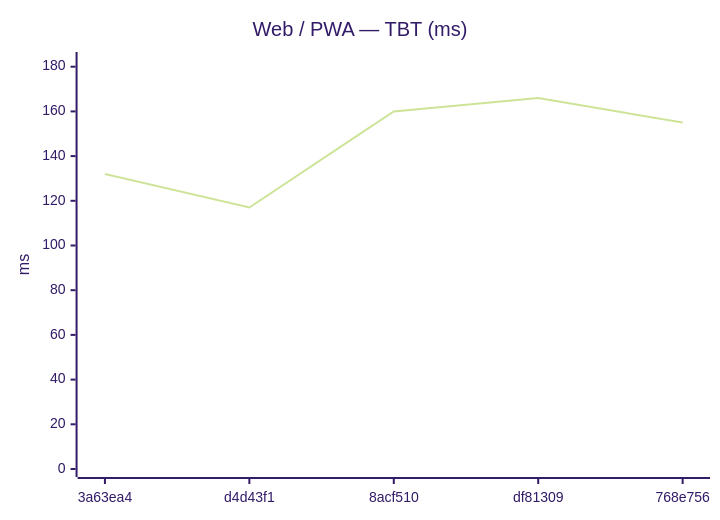
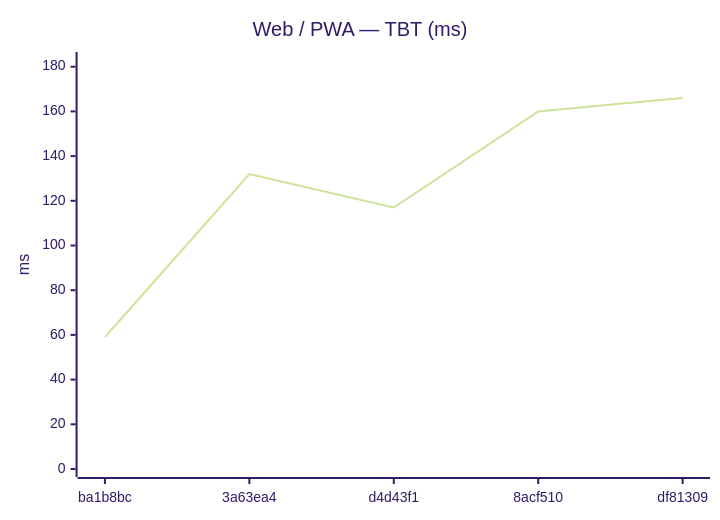
The eighth of 18 diagrams in benchmarks/compare.md (Metaheurist/Rianell), drawn with Mermaid (forest theme) before and after one commit. The commit also changed other lines of this file and 11 other files, not shown here.

````diff
--- a/benchmarks/compare.md
+++ b/benchmarks/compare.md
@@ -124,7 +124,7 @@
 ```mermaid
 xychart-beta
     title "Web / PWA — TBT (ms)"
-    x-axis ["3a63ea4", "d4d43f1", "8acf510", "df81309", "768e756"]
+    x-axis ["ba1b8bc", "3a63ea4", "d4d43f1", "8acf510", "df81309"]
     y-axis "ms" 0 --> 183
-    line [132, 117, 160, 166, 155]
+    line [59, 132, 117, 160, 166]
 ```
````
